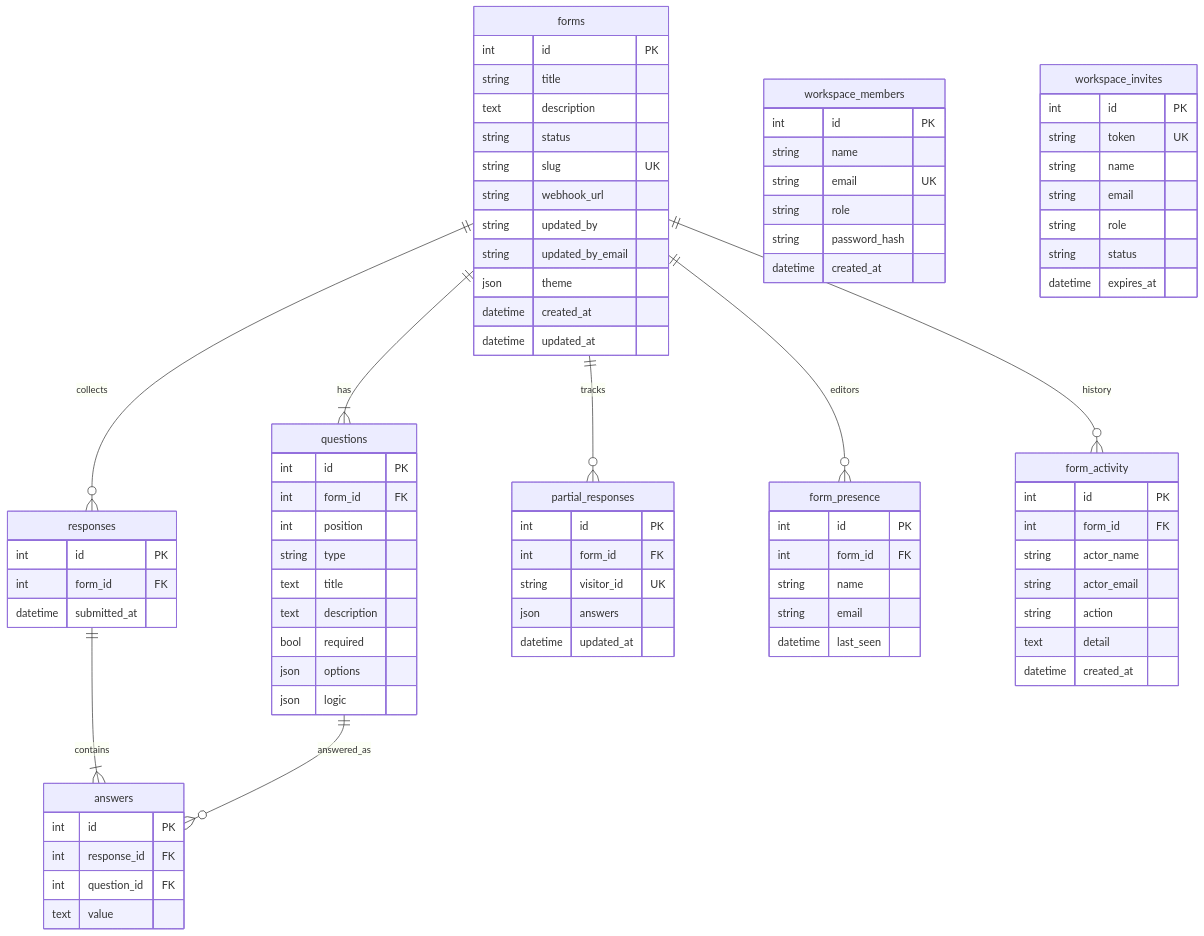
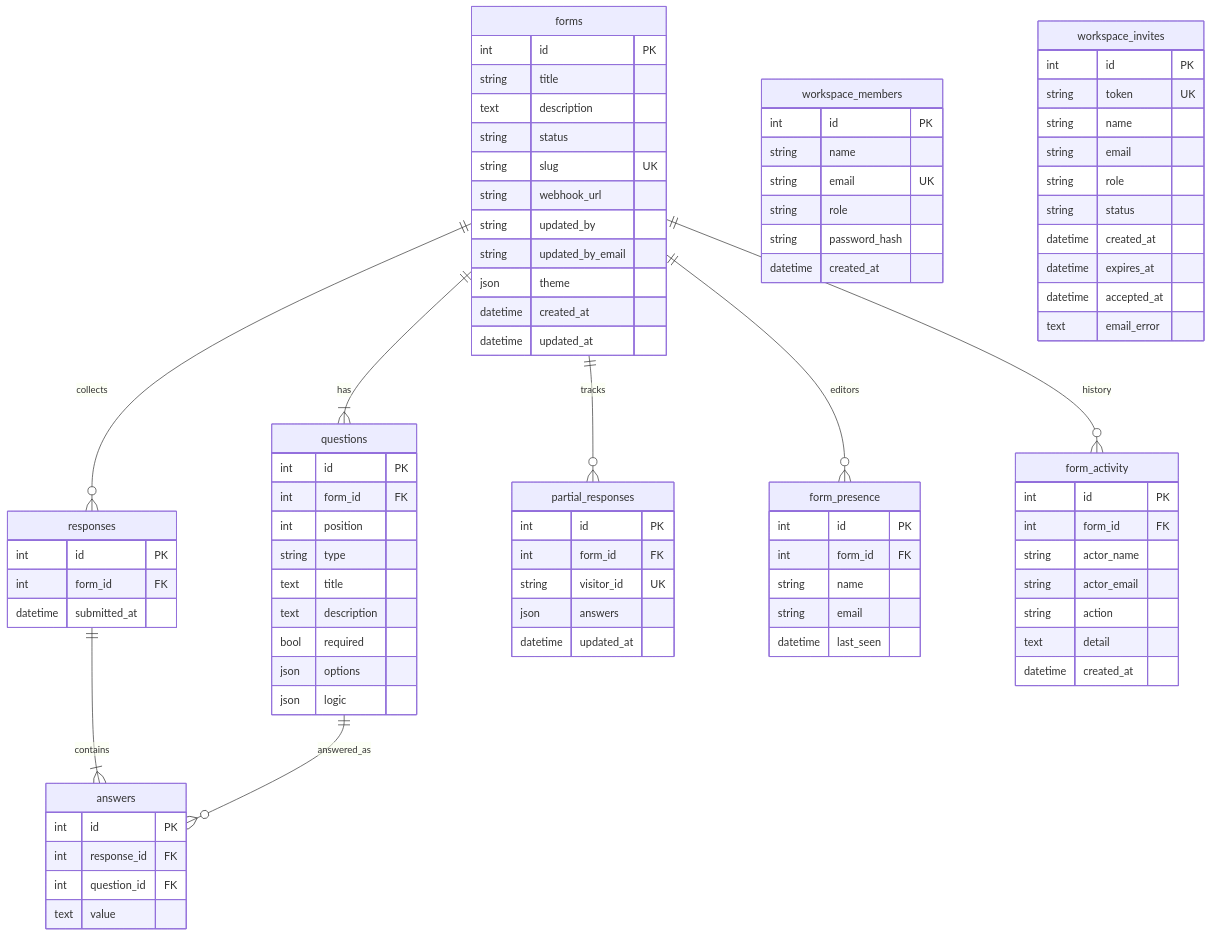
The diagram in docs/diagrams/db-schema.md (ruthwikkakumani/formly), drawn with Mermaid before and after one commit. The commit also changed other lines of this file and 11 other files, not shown here.

```diff
--- a/docs/diagrams/db-schema.md
+++ b/docs/diagrams/db-schema.md
@@ -75,7 +75,10 @@
     string email
     string role
     string status
+    datetime created_at
     datetime expires_at
+    datetime accepted_at
+    text email_error
   }
 
   form_presence {
```
